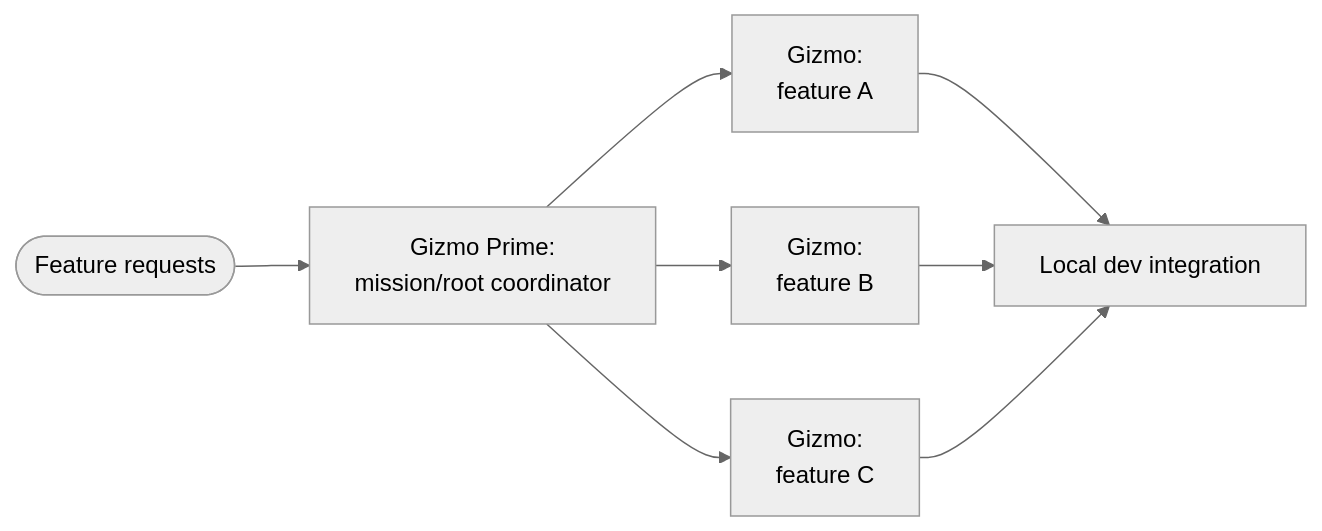
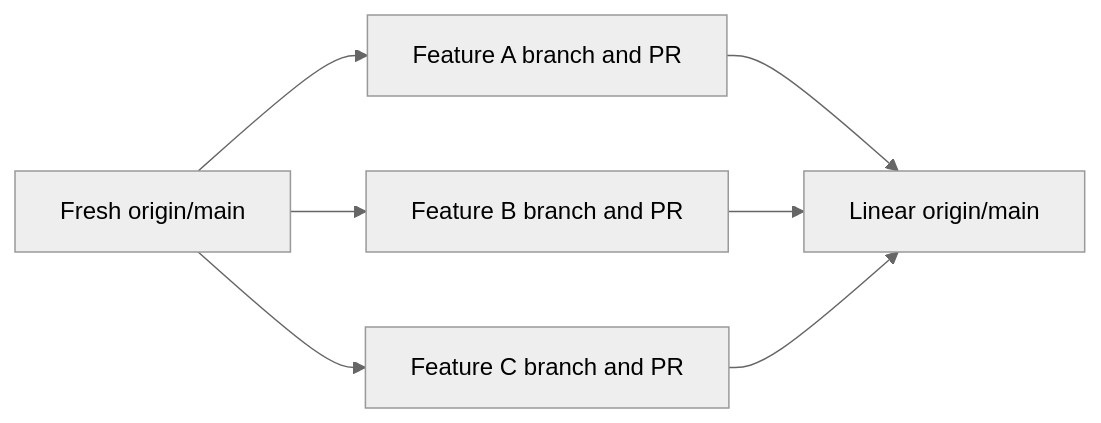
The seventh of 7 diagrams in .cortex/gizmo-prime/architecture/multiagent-delivery-diagrams.md (meta-secret/nook), drawn with Mermaid (neutral theme) before and after one commit. The commit also changed other lines of this file and 77 other files, not shown here.

````diff
--- a/.cortex/gizmo-prime/architecture/multiagent-delivery-diagrams.md
+++ b/.cortex/gizmo-prime/architecture/multiagent-delivery-diagrams.md
@@ -417,14 +221,12 @@
 ```mermaid
 flowchart LR
-    Prime["Gizmo Prime:<br/>mission/root coordinator"]
-    Requests([Feature requests])
-    GizmoA["Gizmo:<br/>feature A"]
-    GizmoB["Gizmo:<br/>feature B"]
-    GizmoC["Gizmo:<br/>feature C"]
-    Dev["Local dev integration"]
+    Main0["Fresh origin/main"]
+    A["Feature A branch and PR"]
+    B["Feature B branch and PR"]
+    C["Feature C branch and PR"]
+    Main1["Linear origin/main"]
 
-    Requests --> Prime
-    Prime --> GizmoA --> Dev
-    Prime --> GizmoB --> Dev
-    Prime --> GizmoC --> Dev
+    Main0 --> A --> Main1
+    Main0 --> B --> Main1
+    Main0 --> C --> Main1
 ```
````
